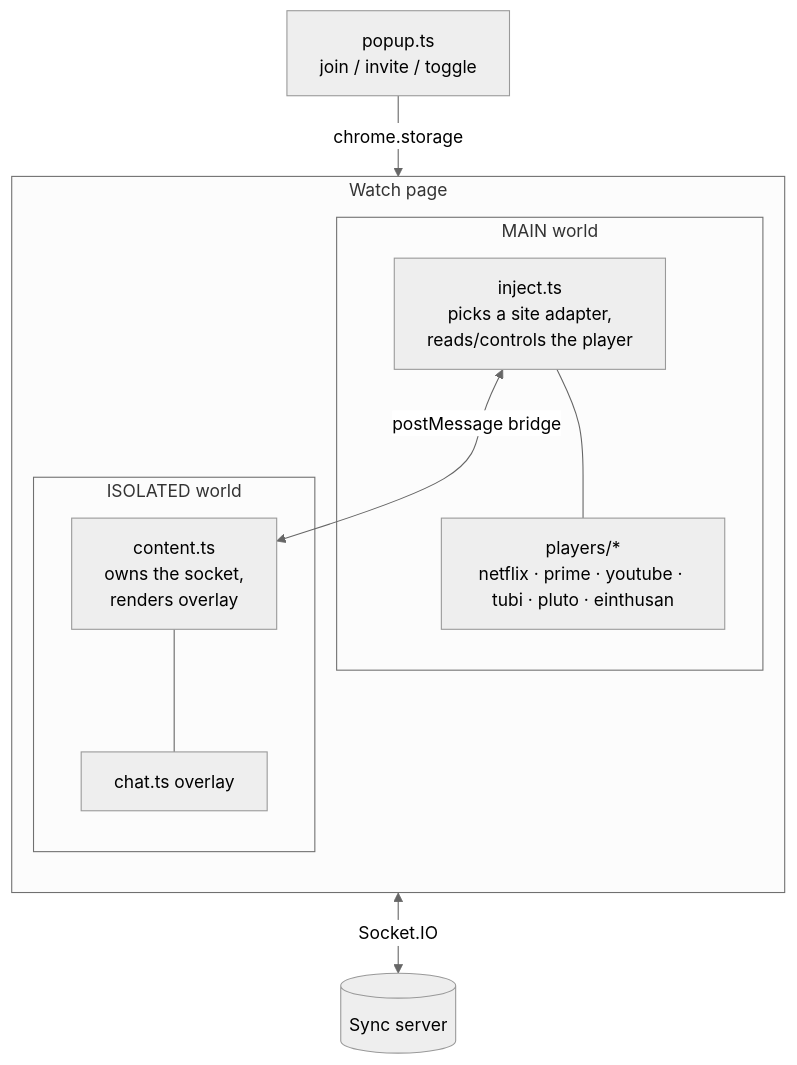
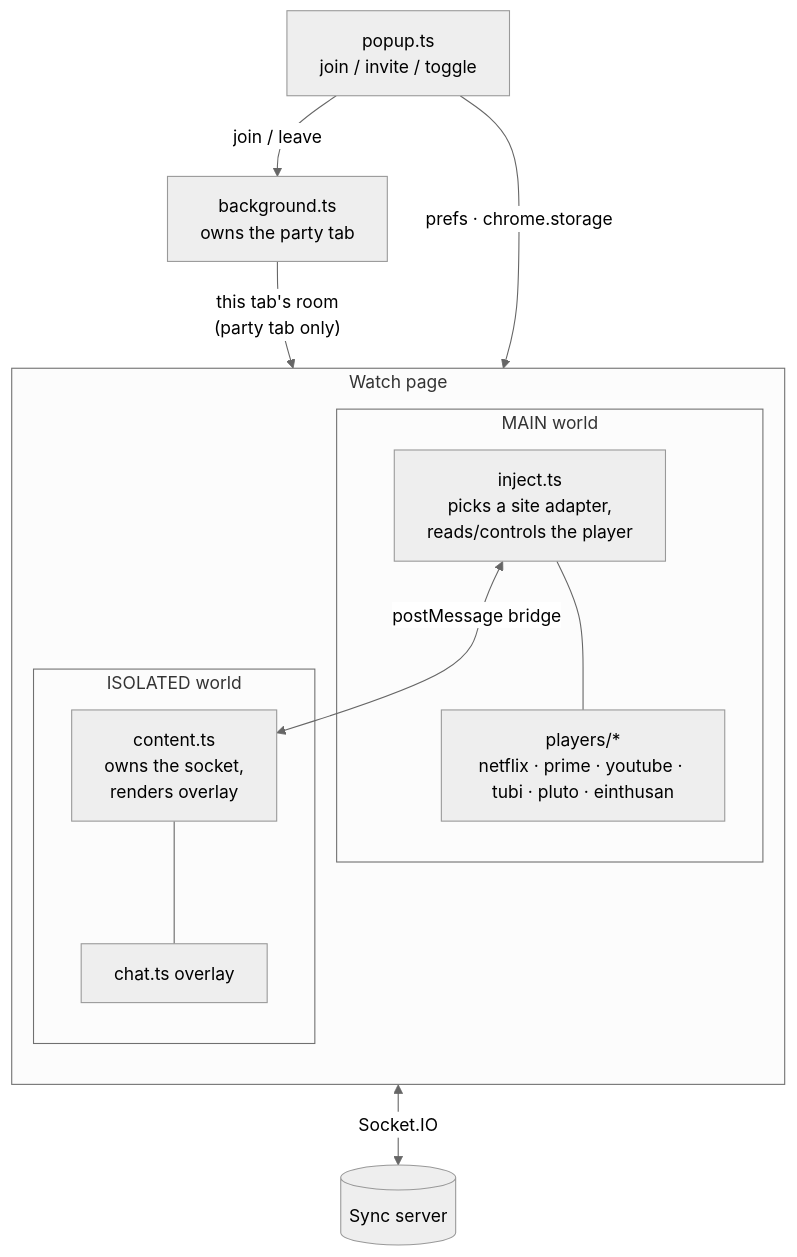
Before and after one commit to nkc-137/watchparty: the third of 3 diagrams in README.md, drawn with Mermaid (neutral theme). The commit also changed other lines of this file and 1 other file, not shown here.

First line of the commit message:
Document that the party lives in one tab

````diff
--- a/README.md
+++ b/README.md
@@ -212,19 +218,21 @@
 ```mermaid
 flowchart TB
     subgraph page["Watch page"]
         direction TB
         subgraph main["MAIN world"]
             inject["inject.ts<br/>picks a site adapter,<br/>reads/controls the player"]
             adapters["players/*<br/>netflix · prime · youtube · tubi · pluto · einthusan"]
             inject --- adapters
         end
         subgraph iso["ISOLATED world"]
             content["content.ts<br/>owns the socket,<br/>renders overlay"]
             chat["chat.ts overlay"]
             content --- chat
         end
         inject <-->|postMessage bridge| content
     end
-    popup["popup.ts<br/>join / invite / toggle"] -->|chrome.storage| content
+    popup["popup.ts<br/>join / invite / toggle"] -->|join / leave| bg["background.ts<br/>owns the party tab"]
+    bg -->|"this tab's room<br/>(party tab only)"| content
+    popup -->|prefs · chrome.storage| content
     content <-->|Socket.IO| server[("Sync server")]
 ```
````
